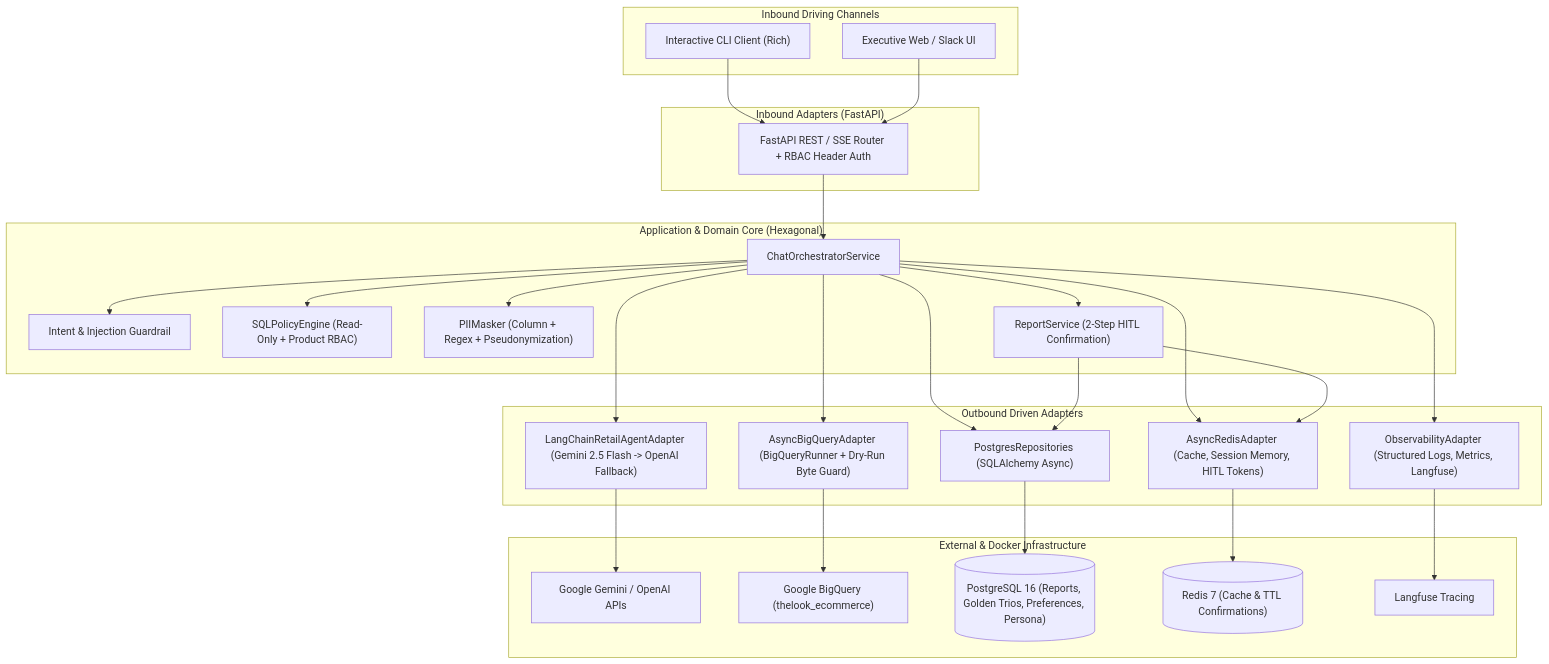
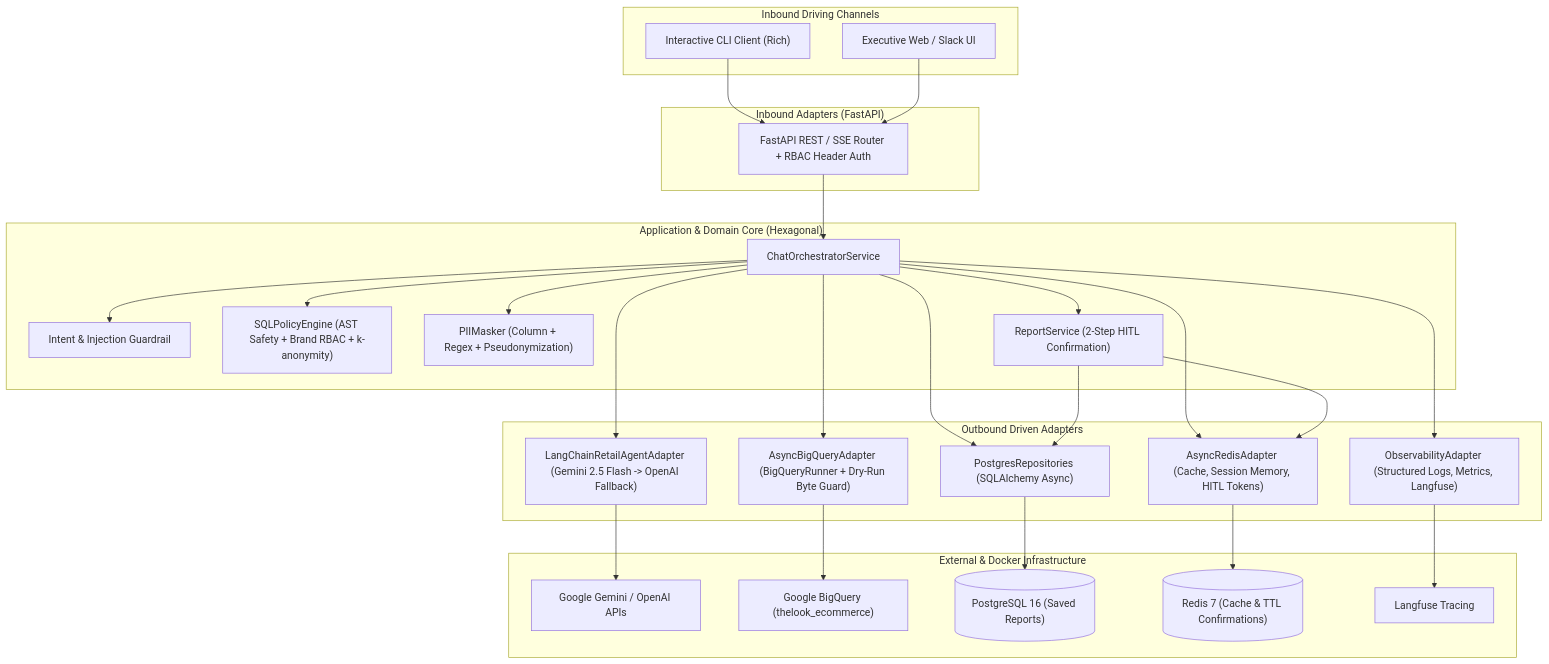
The diagram in documentation/ARCHITECTURE.md (Melnislav/retail-analytics-ai-assistant), drawn with Mermaid before and after one commit. The commit also changed other lines of this file and 17 other files, not shown here.

````diff
--- a/documentation/ARCHITECTURE.md
+++ b/documentation/ARCHITECTURE.md
@@ -5,57 +5,57 @@
 ```mermaid
 flowchart TB
     subgraph Clients["Inbound Driving Channels"]
         CLI["Interactive CLI Client (Rich)"]
         WEB["Executive Web / Slack UI"]
     end
 
     subgraph InboundAdapters["Inbound Adapters (FastAPI)"]
         API["FastAPI REST / SSE Router + RBAC Header Auth"]
     end
 
     subgraph Core["Application & Domain Core (Hexagonal)"]
         ORCH["ChatOrchestratorService"]
         GUARD["Intent & Injection Guardrail"]
-        POLICY["SQLPolicyEngine (Read-Only + Product RBAC)"]
+        POLICY["SQLPolicyEngine (AST Safety + Brand RBAC + k-anonymity)"]
         PII["PIIMasker (Column + Regex + Pseudonymization)"]
         REP["ReportService (2-Step HITL Confirmation)"]
     end
 
     subgraph OutboundAdapters["Outbound Driven Adapters"]
         LLM["LangChainRetailAgentAdapter (Gemini 2.5 Flash -> OpenAI Fallback)"]
         BQ["AsyncBigQueryAdapter (BigQueryRunner + Dry-Run Byte Guard)"]
         PG["PostgresRepositories (SQLAlchemy Async)"]
         RED["AsyncRedisAdapter (Cache, Session Memory, HITL Tokens)"]
         OBS["ObservabilityAdapter (Structured Logs, Metrics, Langfuse)"]
     end
 
     subgraph Infra["External & Docker Infrastructure"]
         GEMINI["Google Gemini / OpenAI APIs"]
         BIGQUERY["Google BigQuery (thelook_ecommerce)"]
-        POSTGRES[("PostgreSQL 16 (Reports, Golden Trios, Preferences, Persona)")]
+        POSTGRES[("PostgreSQL 16 (Saved Reports)")]
         REDIS[("Redis 7 (Cache & TTL Confirmations)")]
         LANGFUSE["Langfuse Tracing"]
     end
 
     CLI --> API
     WEB --> API
     API --> ORCH
     ORCH --> GUARD
     ORCH --> POLICY
     ORCH --> PII
     ORCH --> REP
 
     ORCH --> LLM
     ORCH --> BQ
     ORCH --> PG
     ORCH --> RED
     ORCH --> OBS
     REP --> PG
     REP --> RED
 
     LLM --> GEMINI
     BQ --> BIGQUERY
     PG --> POSTGRES
     RED --> REDIS
     OBS --> LANGFUSE
 ```
````
